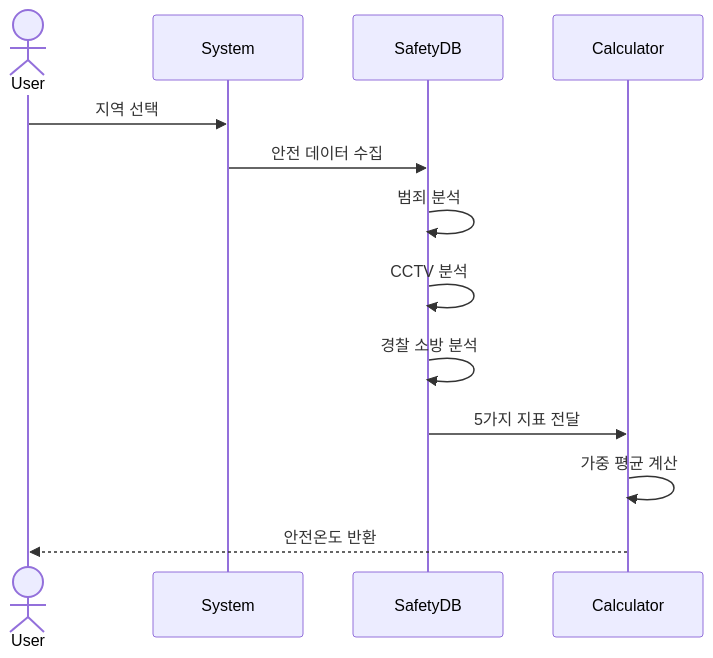
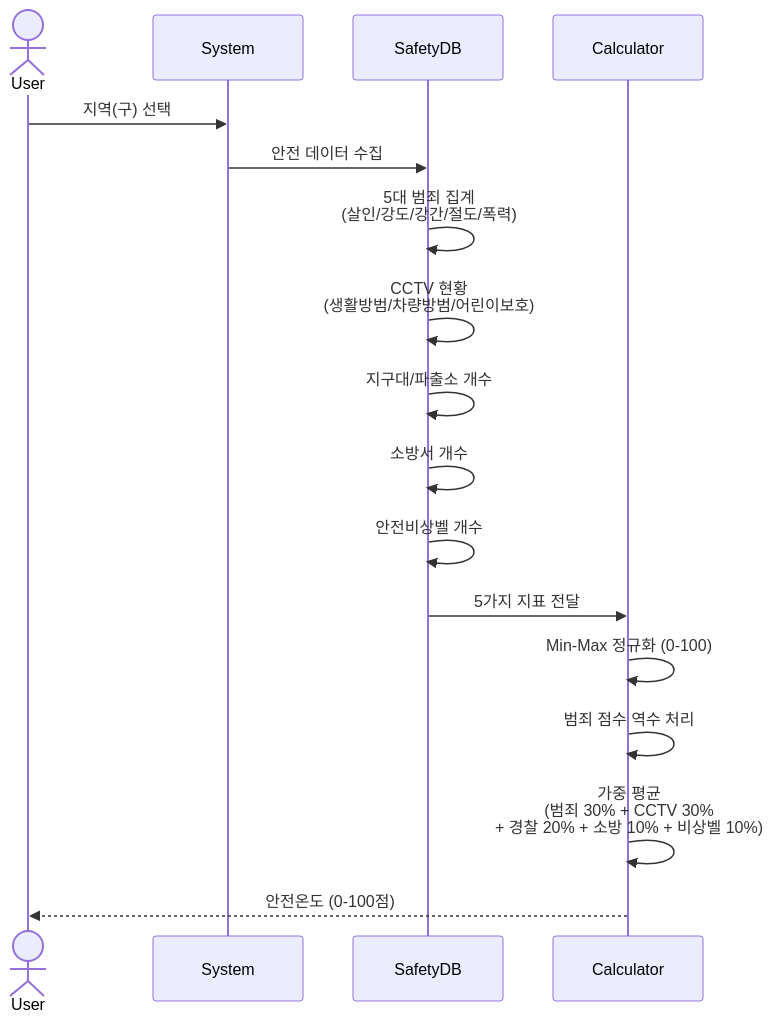
The fourth of 5 diagrams in analytics/sequence_diagrams.md (eunjeong0911/Property-recommend), drawn with Mermaid before and after one commit. The commit also changed other lines of this file, not shown here.

Commit message:
docs: 시퀀스 다이어그램 수정

````diff
--- a/analytics/sequence_diagrams.md
+++ b/analytics/sequence_diagrams.md
@@ -62,16 +83,22 @@
 ```mermaid
 sequenceDiagram
     actor User
     participant System
     participant SafetyDB
     participant Calculator
     
-    User->>System: 지역 선택
+    User->>System: 지역(구) 선택
     System->>SafetyDB: 안전 데이터 수집
-    SafetyDB->>SafetyDB: 범죄 분석
-    SafetyDB->>SafetyDB: CCTV 분석
-    SafetyDB->>SafetyDB: 경찰 소방 분석
+    
+    SafetyDB->>SafetyDB: 5대 범죄 집계<br/>(살인/강도/강간/절도/폭력)
+    SafetyDB->>SafetyDB: CCTV 현황<br/>(생활방범/차량방범/어린이보호)
+    SafetyDB->>SafetyDB: 지구대/파출소 개수
+    SafetyDB->>SafetyDB: 소방서 개수
+    SafetyDB->>SafetyDB: 안전비상벨 개수
+    
     SafetyDB->>Calculator: 5가지 지표 전달
-    Calculator->>Calculator: 가중 평균 계산
-    Calculator-->>User: 안전온도 반환
+    Calculator->>Calculator: Min-Max 정규화 (0-100)
+    Calculator->>Calculator: 범죄 점수 역수 처리
+    Calculator->>Calculator: 가중 평균<br/>(범죄 30% + CCTV 30%<br/>+ 경찰 20% + 소방 10% + 비상벨 10%)
+    Calculator-->>User: 안전온도 (0-100점)
 ```
````
